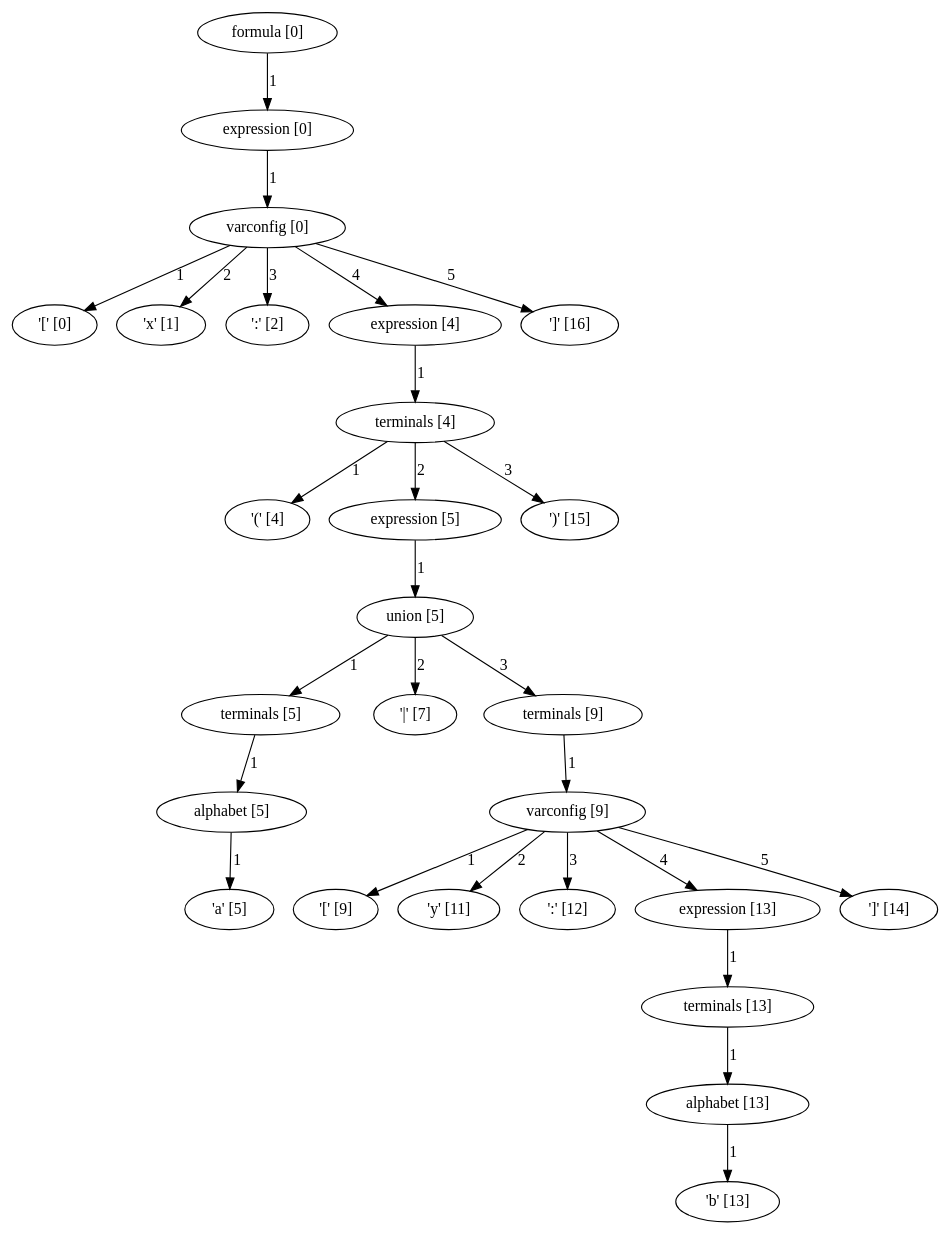
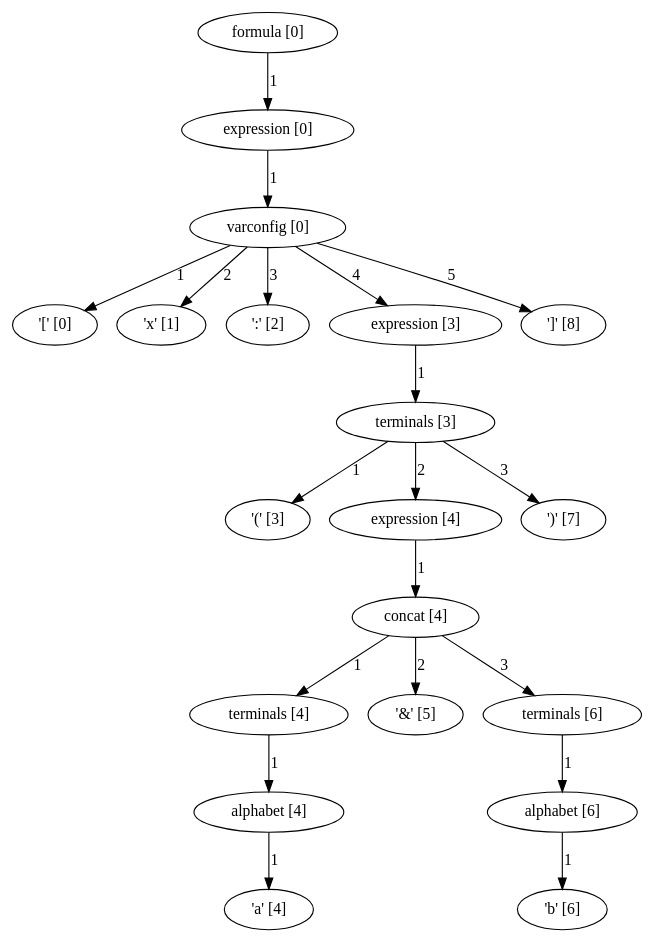
The diagram in formula_parse_tree.dot (yipsimon/DocumentSpanners_MSc), drawn with Graphviz before and after one commit. The commit also changed 16 other files, not shown here.

```diff
--- a/formula_parse_tree.dot
+++ b/formula_parse_tree.dot
@@ -1,81 +1,60 @@
 digraph arpeggio_graph {
-139980205240976 [label="formula [0]"];
-139980205240976->139980205241552 [label="1"]
+140438593073376 [label="formula [0]"];
+140438593073376->140438593073664 [label="1"]
 
-139980205241552 [label="expression [0]"];
-139980205241552->139980205241408 [label="1"]
+140438593073664 [label="expression [0]"];
+140438593073664->140438593073952 [label="1"]
 
-139980205241408 [label="varconfig [0]"];
-139980205241408->139980205137024 [label="1"]
+140438593073952 [label="varconfig [0]"];
+140438593073952->140438592974072 [label="1"]
 
-139980205137024 [label=" '[' [0]"];
-139980205241408->139980205137144 [label="2"]
+140438592974072 [label=" '[' [0]"];
+140438593073952->140438592974192 [label="2"]
 
-139980205137144 [label=" 'x' [1]"];
-139980205241408->139980205185096 [label="3"]
+140438592974192 [label=" 'x' [1]"];
+140438593073952->140438593018048 [label="3"]
 
-139980205185096 [label=" ':' [2]"];
-139980205241408->139980205241696 [label="4"]
+140438593018048 [label=" ':' [2]"];
+140438593073952->140438609898960 [label="4"]
 
-139980205241696 [label="expression [4]"];
-139980205241696->139980221012880 [label="1"]
+140438609898960 [label="expression [3]"];
+140438609898960->140438609898816 [label="1"]
 
-139980221012880 [label="terminals [4]"];
-139980221012880->139980205185696 [label="1"]
+140438609898816 [label="terminals [3]"];
+140438609898816->140438593018168 [label="1"]
 
-139980205185696 [label=" '(' [4]"];
-139980221012880->139980221013024 [label="2"]
+140438593018168 [label=" '(' [3]"];
+140438609898816->140438609898384 [label="2"]
 
-139980221013024 [label="expression [5]"];
-139980221013024->139980205240688 [label="1"]
+140438609898384 [label="expression [4]"];
+140438609898384->140438609898528 [label="1"]
 
-139980205240688 [label="union [5]"];
-139980205240688->139980221013168 [label="1"]
+140438609898528 [label="concat [4]"];
+140438609898528->140438609898672 [label="1"]
 
-139980221013168 [label="terminals [5]"];
-139980221013168->139980221013312 [label="1"]
+140438609898672 [label="terminals [4]"];
+140438609898672->140438609899392 [label="1"]
 
-139980221013312 [label="alphabet [5]"];
-139980221013312->139980205186416 [label="1"]
+140438609899392 [label="alphabet [4]"];
+140438609899392->140438593018768 [label="1"]
 
-139980205186416 [label=" 'a' [5]"];
-139980205240688->139980205185216 [label="2"]
+140438593018768 [label=" 'a' [4]"];
+140438609898528->140438593018888 [label="2"]
 
-139980205185216 [label=" '|' [7]"];
-139980205240688->139980205240400 [label="3"]
+140438593018888 [label=" '&' [5]"];
+140438609898528->140438609899248 [label="3"]
 
-139980205240400 [label="terminals [9]"];
-139980205240400->139980221013456 [label="1"]
+140438609899248 [label="terminals [6]"];
+140438609899248->140438609899104 [label="1"]
 
-139980221013456 [label="varconfig [9]"];
-139980221013456->139980205185576 [label="1"]
+140438609899104 [label="alphabet [6]"];
+140438609899104->140438593019008 [label="1"]
 
-139980205185576 [label=" '[' [9]"];
-139980221013456->139980205186536 [label="2"]
+140438593019008 [label=" 'b' [6]"];
+140438609898816->140438593019128 [label="3"]
 
-139980205186536 [label=" 'y' [11]"];
-139980221013456->139980205185456 [label="3"]
+140438593019128 [label=" ')' [7]"];
+140438593073952->140438593019248 [label="5"]
 
-139980205185456 [label=" ':' [12]"];
-139980221013456->139980221013600 [label="4"]
-
-139980221013600 [label="expression [13]"];
-139980221013600->139980221013744 [label="1"]
-
-139980221013744 [label="terminals [13]"];
-139980221013744->139980221013888 [label="1"]
-
-139980221013888 [label="alphabet [13]"];
-139980221013888->139980205186296 [label="1"]
-
-139980205186296 [label=" 'b' [13]"];
-139980221013456->139980205186656 [label="5"]
-
-139980205186656 [label=" ']' [14]"];
-139980221012880->139980205186896 [label="3"]
-
-139980205186896 [label=" ')' [15]"];
-139980205241408->139980205186776 [label="5"]
-
-139980205186776 [label=" ']' [16]"];
+140438593019248 [label=" ']' [8]"];
 }
```
